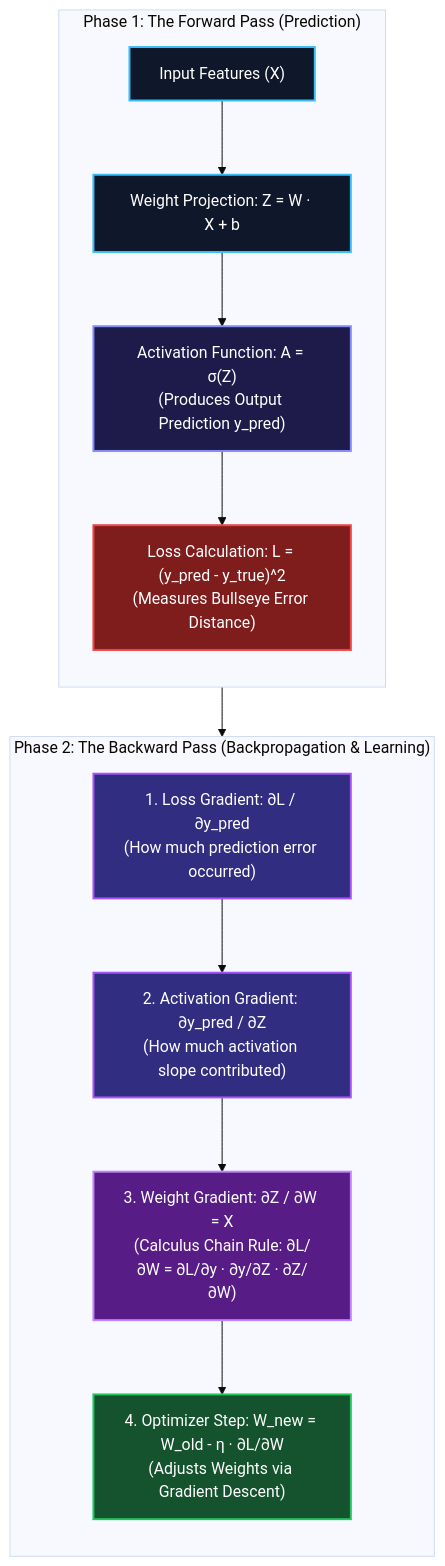
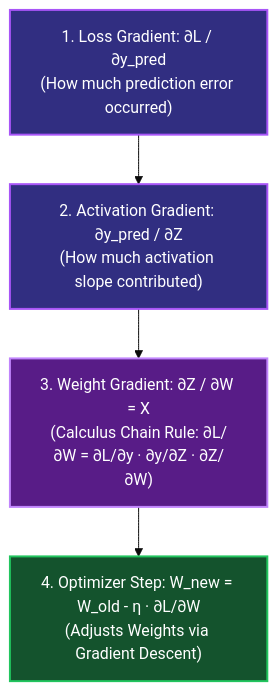
Before and after one commit to narenandu/narenvadapalli_dot_com: the third of 5 diagrams in contents/blog/0075-inside-the-learning-engine-forward-pass-backpropagation-autograd/index.md, drawn with Mermaid (base theme). The commit also changed other lines of this file and 22 other files, not shown here.

Commit message:
fix(blog): resolve side-by-side Mermaid diagrams, KaTeX math formatting, and alert tags across all blogs

````diff
--- a/contents/blog/0075-inside-the-learning-engine-forward-pass-backpropagation-autograd/index.md
+++ b/contents/blog/0075-inside-the-learning-engine-forward-pass-backpropagation-autograd/index.md
@@ -86,36 +105,14 @@
 ```mermaid
 flowchart TD
-    direction TB
+    GRAD_LOSS["1. Loss Gradient: ∂L / ∂y_pred<br/>(How much prediction error occurred)"]
+    GRAD_ACT["2. Activation Gradient: ∂y_pred / ∂Z<br/>(How much activation slope contributed)"]
+    GRAD_WEIGHT["3. Weight Gradient: ∂Z / ∂W = X<br/>(Calculus Chain Rule: ∂L/∂W = ∂L/∂y · ∂y/∂Z · ∂Z/∂W)"]
+    OPT_STEP["4. Optimizer Step: W_new = W_old - η · ∂L/∂W<br/>(Adjusts Weights via Gradient Descent)"]
 
-    subgraph ForwardPass ["Phase 1: The Forward Pass (Prediction)"]
-        direction TB
-        X_IN["Input Features (X)"]
-        WEIGHTS["Weight Projection: Z = W · X + b"]
-        ACTIVATION["Activation Function: A = σ(Z)<br/>(Produces Output Prediction y_pred)"]
-        LOSS_CALC["Loss Calculation: L = (y_pred - y_true)^2<br/>(Measures Bullseye Error Distance)"]
-
-        X_IN --> WEIGHTS --> ACTIVATION --> LOSS_CALC
-    end
-
-    subgraph BackwardPass ["Phase 2: The Backward Pass (Backpropagation & Learning)"]
-        direction TB
-        GRAD_LOSS["1. Loss Gradient: ∂L / ∂y_pred<br/>(How much prediction error occurred)"]
-        GRAD_ACT["2. Activation Gradient: ∂y_pred / ∂Z<br/>(How much activation slope contributed)"]
-        GRAD_WEIGHT["3. Weight Gradient: ∂Z / ∂W = X<br/>(Calculus Chain Rule: ∂L/∂W = ∂L/∂y · ∂y/∂Z · ∂Z/∂W)"]
-        OPT_STEP["4. Optimizer Step: W_new = W_old - η · ∂L/∂W<br/>(Adjusts Weights via Gradient Descent)"]
-
-        GRAD_LOSS --> GRAD_ACT --> GRAD_WEIGHT --> OPT_STEP
-    end
-
-    ForwardPass --> BackwardPass
-
-    style X_IN fill:#0f172a,stroke:#38bdf8,stroke-width:2px,color:#ffffff
-    style WEIGHTS fill:#0f172a,stroke:#38bdf8,stroke-width:2px,color:#ffffff
-    style ACTIVATION fill:#1e1b4b,stroke:#818cf8,stroke-width:2px,color:#ffffff
-    style LOSS_CALC fill:#7f1d1d,stroke:#ef4444,stroke-width:2px,color:#ffffff
+    GRAD_LOSS --> GRAD_ACT --> GRAD_WEIGHT --> OPT_STEP
 
     style GRAD_LOSS fill:#312e81,stroke:#a855f7,stroke-width:2px,color:#ffffff
     style GRAD_ACT fill:#312e81,stroke:#a855f7,stroke-width:2px,color:#ffffff
     style GRAD_WEIGHT fill:#581c87,stroke:#c084fc,stroke-width:2px,color:#ffffff
     style OPT_STEP fill:#14532d,stroke:#22c55e,stroke-width:2px,color:#ffffff
 ```
````
